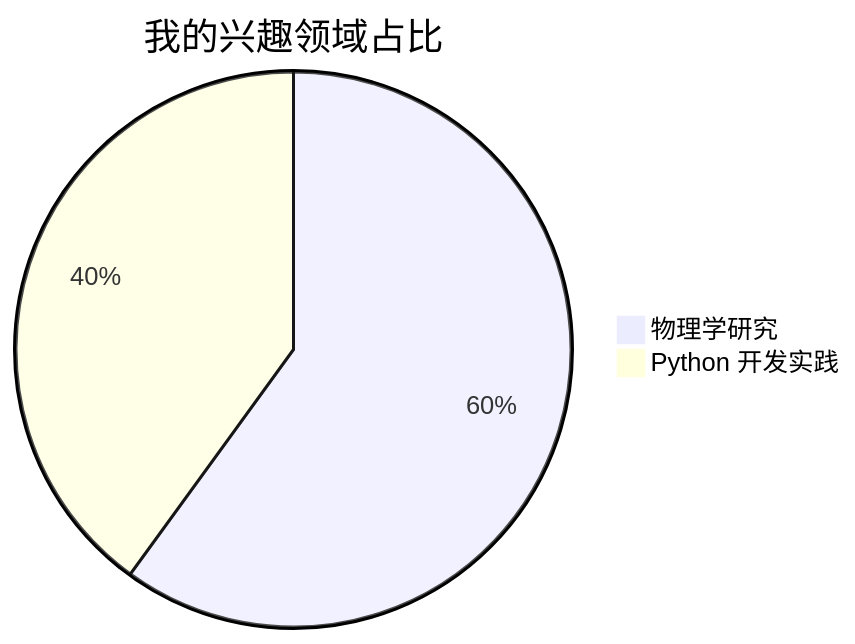
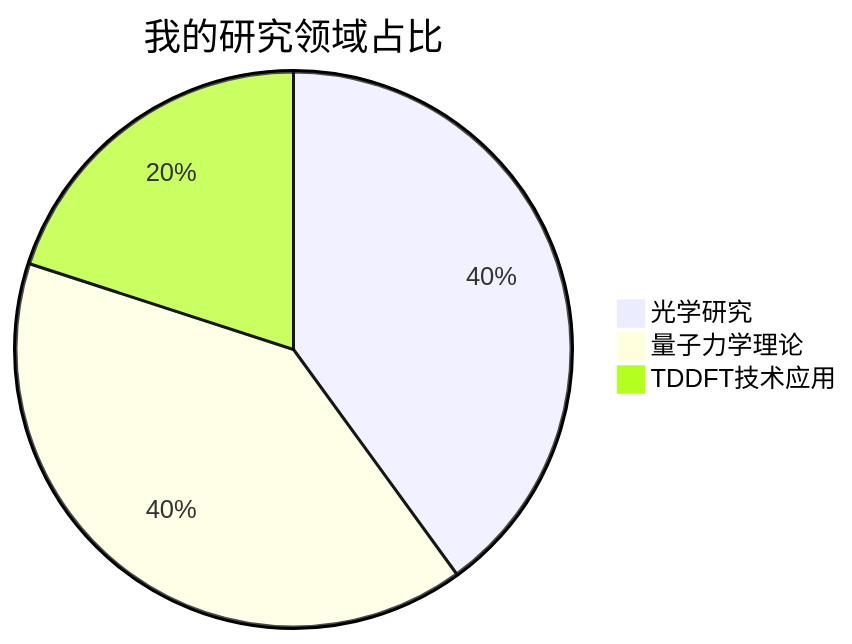
Before and after one commit to ngaodut/ngaodut: the first of 3 diagrams in README.md, drawn with Mermaid. The commit also changed other lines of this file, not shown here.

````diff
--- a/README.md
+++ b/README.md
@@ -15,6 +12,7 @@
 ```mermaid
 pie
-    title 我的兴趣领域占比
-    "物理学研究" : 60
-    "Python 开发实践" : 40
+    title 我的研究领域占比
+    "光学研究" : 40
+    "量子力学理论" : 40
+    "TDDFT技术应用" : 20
 ```
````
